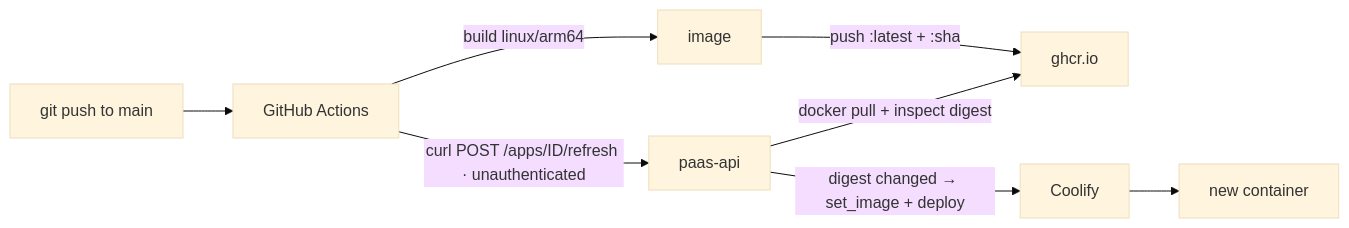
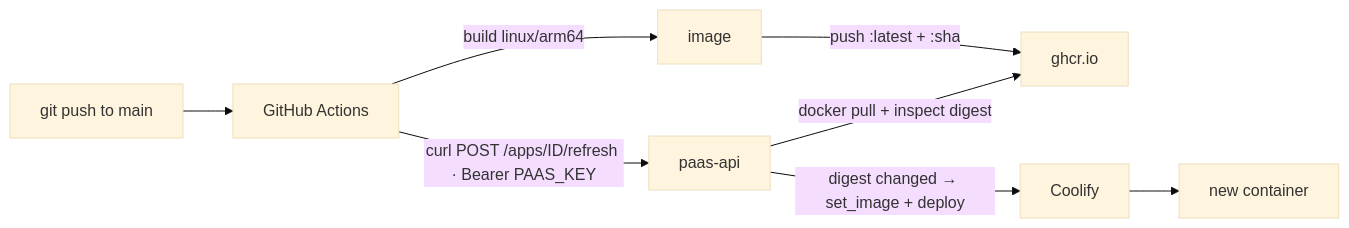
One commit to bogdanripa/pironman changed the second of 2 diagrams in ARCHITECTURE.md. Above: the diagram before and after it, drawn with Mermaid (base theme). The commit also changed other lines of this file and 6 other files, not shown here.

First line of the commit message:
Authenticate the /refresh deploy hook with the app's PAAS_KEY

````diff
--- a/ARCHITECTURE.md
+++ b/ARCHITECTURE.md
@@ -216,10 +218,10 @@
 ```mermaid
 flowchart LR
     DEV[git push to main] --> GH[GitHub Actions]
     GH -->|build linux/arm64| IMG[image]
     IMG -->|push :latest + :sha| GHCR[ghcr.io]
-    GH -->|curl POST /apps/ID/refresh · unauthenticated| API[paas-api]
+    GH -->|curl POST /apps/ID/refresh · Bearer PAAS_KEY| API[paas-api]
     API -->|docker pull + inspect digest| GHCR
     API -->|digest changed → set_image + deploy| CO[Coolify]
     CO --> APP[new container]
 ```
````
